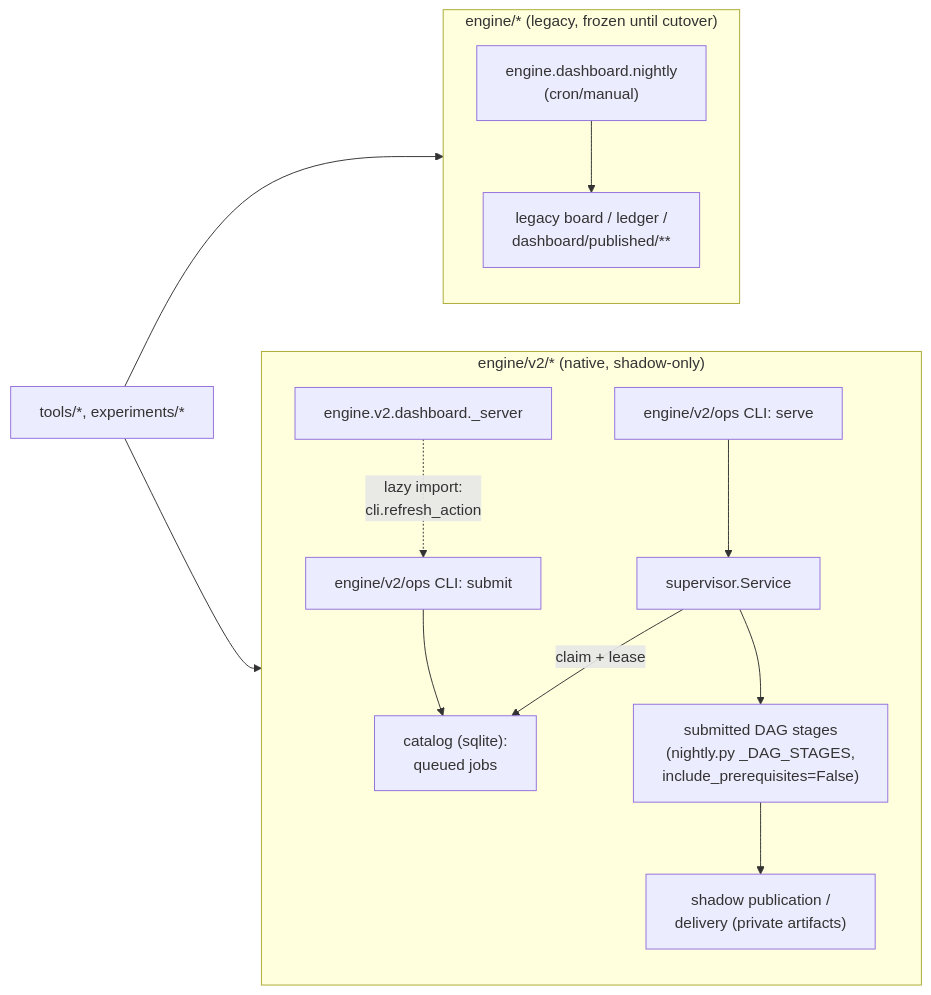
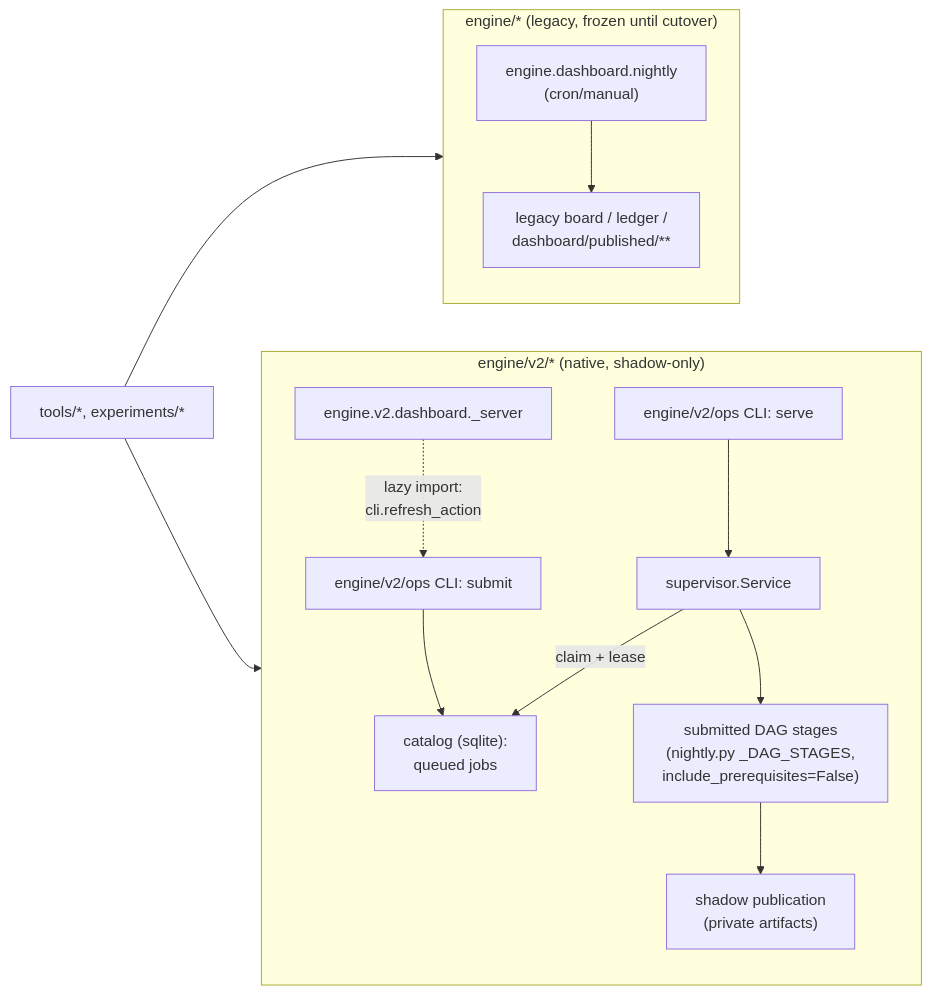
The diagram in ARCHITECTURE.md (yshewchuk/investment-validation), drawn with Mermaid before and after one commit. The commit also changed other lines of this file and 3 other files, not shown here.

````diff
--- a/ARCHITECTURE.md
+++ b/ARCHITECTURE.md
@@ -240,16 +240,16 @@
 ```mermaid
 flowchart LR
     subgraph Legacy["engine/* (legacy, frozen until cutover)"]
         LN["engine.dashboard.nightly<br/>(cron/manual)"] --> LB["legacy board / ledger /<br/>dashboard/published/**"]
     end
     subgraph V2["engine/v2/* (native, shadow-only)"]
         SUBMIT["engine/v2/ops CLI: submit"] --> QUEUE["catalog (sqlite):<br/>queued jobs"]
         SERVE["engine/v2/ops CLI: serve"] --> SUP["supervisor.Service"]
         SUP -- "claim + lease" --> QUEUE
         SUP --> DAG["submitted DAG stages<br/>(nightly.py _DAG_STAGES,<br/>include_prerequisites=False)"]
-        DAG --> PUB["shadow publication /<br/>delivery (private artifacts)"]
+        DAG --> PUB["shadow publication<br/>(private artifacts)"]
         DASH["engine.v2.dashboard._server"] -. "lazy import:<br/>cli.refresh_action" .-> SUBMIT
     end
     Tools["tools/*, experiments/*"] --> Legacy
     Tools --> V2
 ```
````
